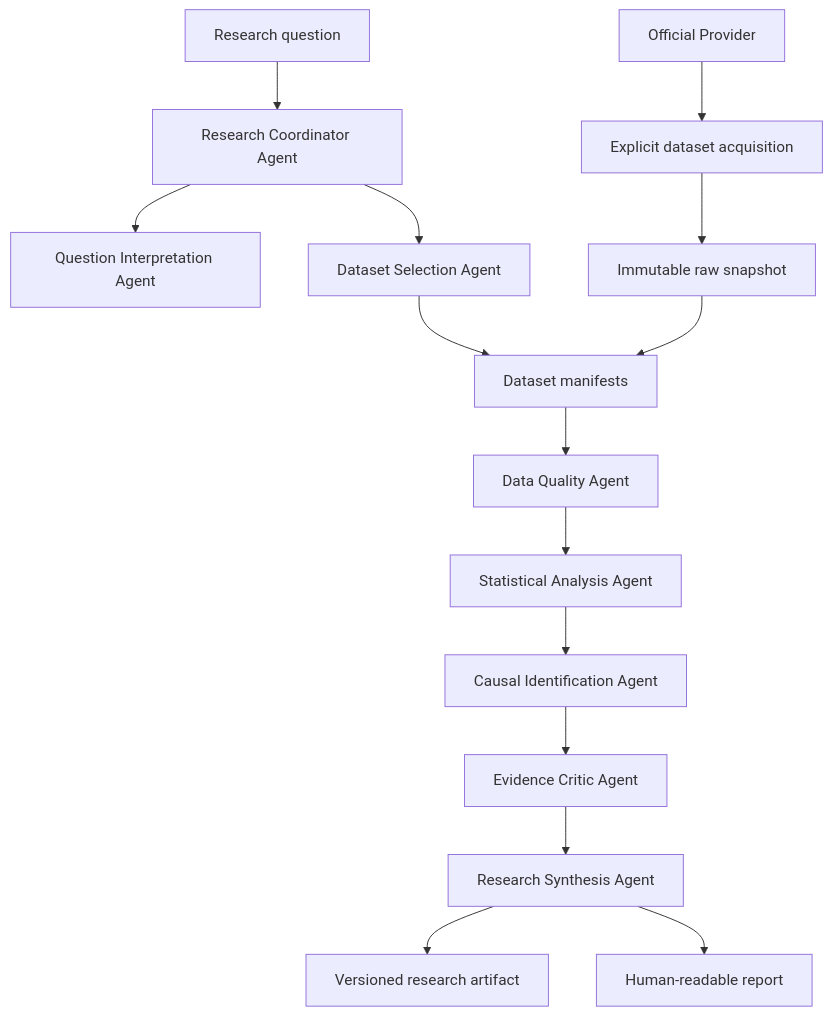
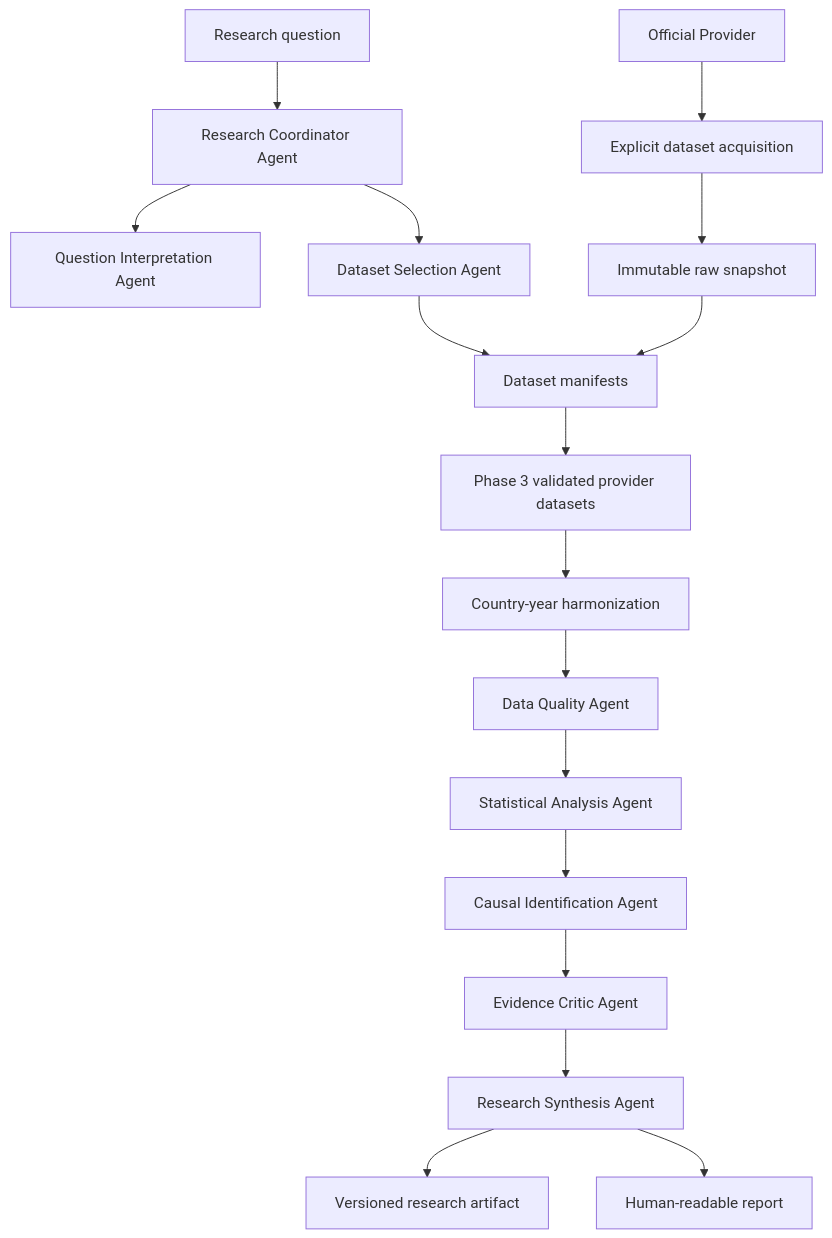
One commit to HasaanNoor/polaris changed the diagram in docs/architecture/system-overview.md. Above: the diagram before and after it, drawn with Mermaid. The commit also changed other lines of this file and 33 other files, not shown here.

````diff
--- a/docs/architecture/system-overview.md
+++ b/docs/architecture/system-overview.md
@@ -18,17 +18,19 @@
 ```mermaid
 flowchart TD
   Q[Research question] --> C[Research Coordinator Agent]
   C --> I[Question Interpretation Agent]
   C --> D[Dataset Selection Agent]
   D --> M[Dataset manifests]
   P[Official Provider] --> DL[Explicit dataset acquisition]
   DL --> R[Immutable raw snapshot]
   R --> M
-  M --> QL[Data Quality Agent]
+  M --> ING[Phase 3 validated provider datasets]
+  ING --> H[Country-year harmonization]
+  H --> QL[Data Quality Agent]
   QL --> A[Statistical Analysis Agent]
   A --> CI[Causal Identification Agent]
   CI --> EC[Evidence Critic Agent]
   EC --> S[Research Synthesis Agent]
   S --> ART[Versioned research artifact]
   S --> REP[Human-readable report]
 ```
````
